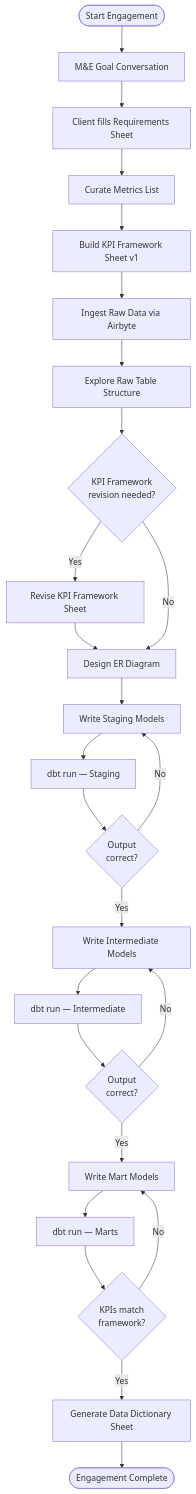
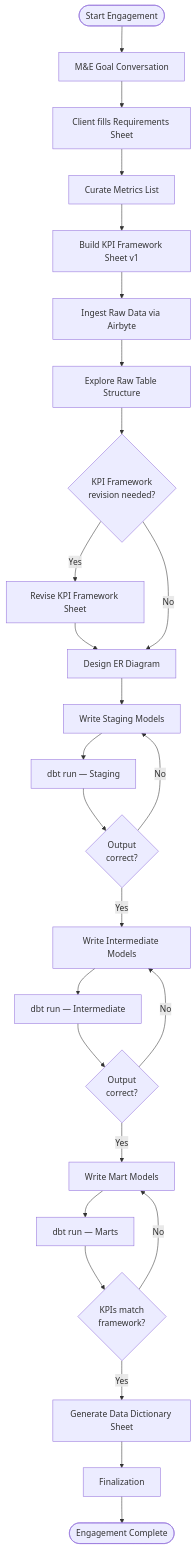
One commit to DalgoT4D/dalgo-core changed the first of 2 diagrams in workdocs/consulting/process.md. Above: the diagram before and after it, drawn with Mermaid. The commit also changed other lines of this file, not shown here.

Commit message:
Refine consulting process finalization flow

````diff
--- a/workdocs/consulting/process.md
+++ b/workdocs/consulting/process.md
@@ -21,27 +21,28 @@
 ```mermaid
 flowchart TD
     A([Start Engagement]) --> B[M&E Goal Conversation]
     B --> C[Client fills Requirements Sheet]
     C --> D[Curate Metrics List]
     D --> E[Build KPI Framework Sheet v1]
     E --> F[Ingest Raw Data via Airbyte]
     F --> G[Explore Raw Table Structure]
     G --> H{KPI Framework\nrevision needed?}
     H -- Yes --> I[Revise KPI Framework Sheet]
     I --> J[Design ER Diagram]
     H -- No --> J
     J --> K[Write Staging Models]
     K --> L[dbt run — Staging]
     L --> M{Output\ncorrect?}
     M -- No --> K
     M -- Yes --> N[Write Intermediate Models]
     N --> O[dbt run — Intermediate]
     O --> P{Output\ncorrect?}
     P -- No --> N
     P -- Yes --> Q[Write Mart Models]
     Q --> R[dbt run — Marts]
     R --> S{KPIs match\nframework?}
     S -- No --> Q
     S -- Yes --> T[Generate Data Dictionary Sheet]
-    T --> U([Engagement Complete])
+    T --> U[Finalization]
+    U --> V([Engagement Complete])
 ```
````
